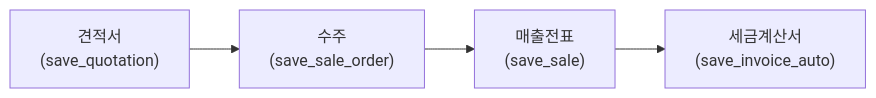
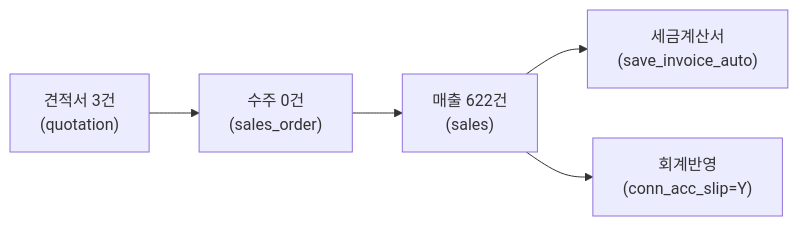
Before and after one commit to hjsh200219/astrosECOUNT: the fourth of 6 diagrams in docs/03-business-workflow.md, drawn with Mermaid. The commit also changed other lines of this file and 8 other files, not shown here.

````diff
--- a/docs/03-business-workflow.md
+++ b/docs/03-business-workflow.md
@@ -162,6 +163,7 @@
 ```mermaid
 flowchart LR
-    Q["견적서<br/>(save_quotation)"] --> SO["수주<br/>(save_sale_order)"]
-    SO --> S["매출전표<br/>(save_sale)"]
+    Q["견적서 3건<br/>(quotation)"] --> SO["수주 0건<br/>(sales_order)"]
+    SO --> S["매출 622건<br/>(sales)"]
     S --> INV["세금계산서<br/>(save_invoice_auto)"]
+    S --> ACC["회계반영<br/>(conn_acc_slip=Y)"]
 ```
````
